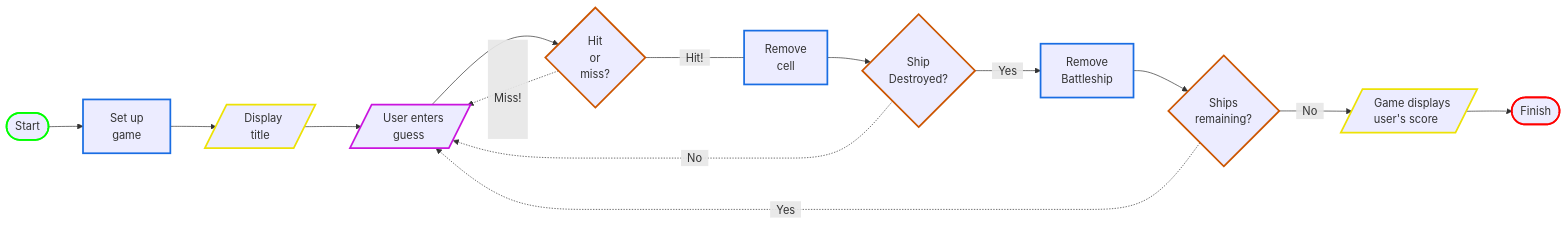
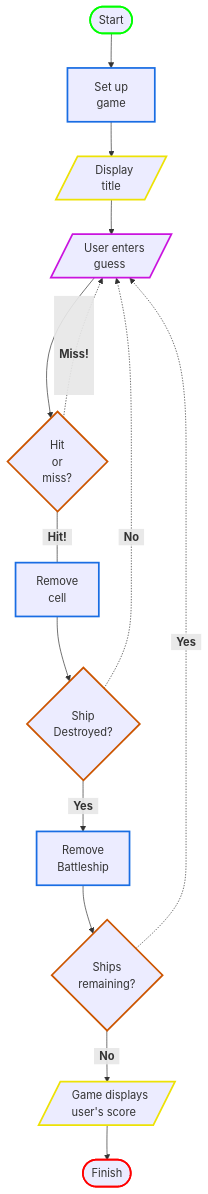
One commit to trbaxter/battleship-game changed the first of 2 diagrams in README.md. Above: the diagram before and after it, drawn with Mermaid. The commit also changed other lines of this file, not shown here.

Commit message:
Set design diagram top-down for readability

````diff
--- a/README.md
+++ b/README.md
@@ -30,46 +30,45 @@
 ```mermaid
-flowchart LR
-
+flowchart TB
 
 %% Start %%
-    start([<center> Start]):::start
+    start([Start]):::start
 %% End %% 
-    finish([<center> Finish]):::finish
+    finish([Finish]):::finish
 %% Actions %%
-    A1[<center> &nbsp Set up &nbsp\n &nbsp game &nbsp\n]:::action
-    A2[<center> Remove\n cell]:::action
-    A3[<center> Remove\n Battleship]:::action
+    A1[&nbsp Set up &nbsp \n &nbsp game &nbsp \n]:::action
+    A2[Remove \n cell]:::action
+    A3[Remove \n Battleship]:::action
 %% Input %%
-    I1[/<center> &nbsp User enters\nguess&nbsp/]:::input
+    I1[/&nbsp User enters \n guess&nbsp/]:::input
 %% Output %%
-    O1[/<center> &nbsp&nbsp&nbsp Display &nbsp \n &nbsp title &nbsp/]:::output
-    O2[/<center> &nbsp Game displays\n user's score &nbsp/]:::output
+    O1[/&nbsp&nbsp&nbsp Display &nbsp \n &nbsp title &nbsp/]:::output
+    O2[/&nbsp Game displays \n user's score &nbsp/]:::output
 %% Decisions %%
-    D1{<center> Hit\nor\nmiss?}:::decision
-    D2{<center> Ship\nDestroyed?}:::decision
-    D3{<center> Ships\nremaining?}:::decision
+    D1{Hit \n or \n miss?}:::decision
+    D2{Ship \n Destroyed?}:::decision
+    D3{Ships \n remaining?}:::decision
 %% Other %%
     null[&nbsp]:::empty
 %% Links %%
     start --> A1
     A1 --> O1
     O1 --> I1
     I1 --> D1
-    D1 -.->|\n\n\n&nbsp Miss! &nbsp\n\n\n| I1
-    D1 ----|&nbsp Hit! &nbsp| A2
+    D1 -.->|<b> \n\n\n&nbsp Miss! &nbsp\n\n\n| I1
+    D1 ---|<b> &nbsp Hit! &nbsp| A2
     A2 --> D2
-    D2 -.->|&nbsp No &nbsp| I1
-    D2 -->|&nbsp Yes &nbsp| A3
-    D3 -.->|&nbsp Yes &nbsp| I1
+    D2 -.->|<b> &nbsp No &nbsp| I1
+    D2 -->|<b> &nbsp Yes &nbsp| A3
+    D3 -.->|<b> &nbsp Yes &nbsp| I1
     A3 --> D3
-    D3 -->|&nbsp No &nbsp| O2
+    D3 -->|<b> &nbsp No &nbsp| O2
     O2 --> finish
 %% Class Colors %%
     classDef start stroke: #0f0, stroke-width: 2.5px;
     classDef finish stroke: #f00, stroke-width: 2.5px;
     classDef decision stroke: #cc5500, stroke-width: 2.5px;
     classDef action stroke: #196de3, stroke-width: 2.5px;
     classDef input stroke: #ca14de, stroke-width: 2.5px;
     classDef output stroke: #ede205, stroke-width: 2.5px;
     classDef empty width: 0px, height: 0px;
 ```
````
